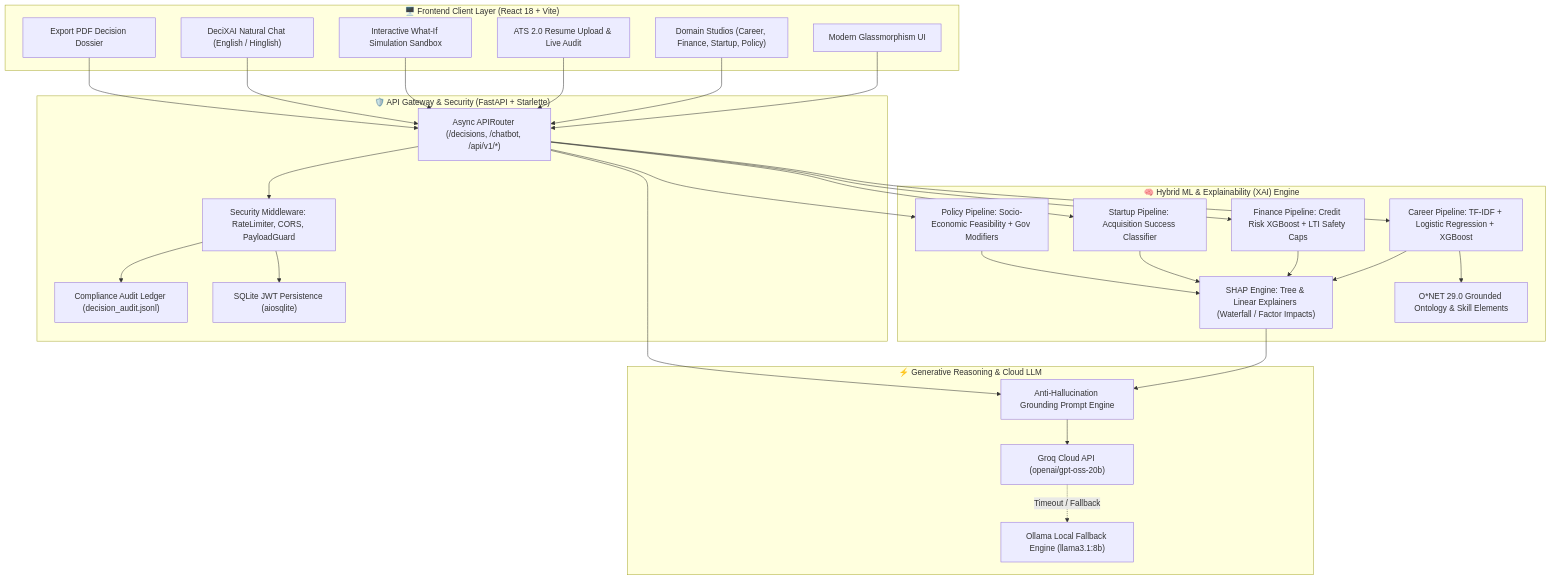
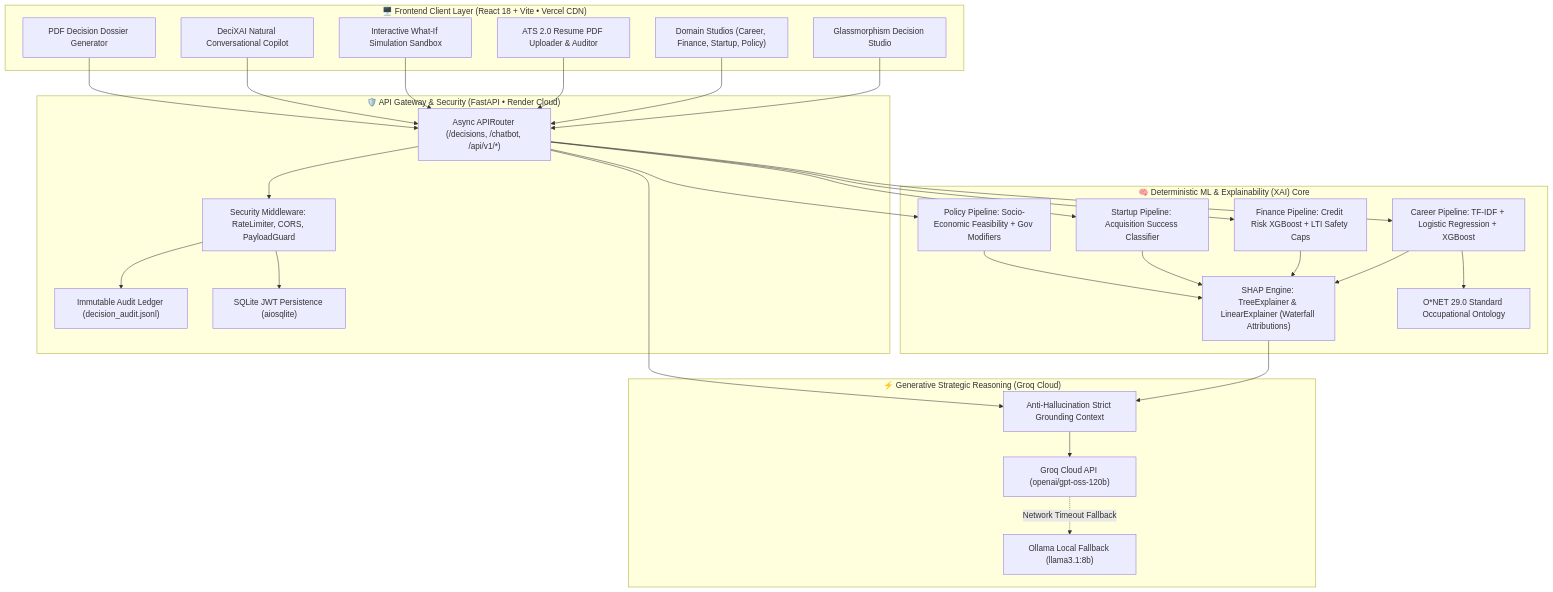
Before and after one commit to RiyanshiVerma-11/DeciXAI: the third of 8 diagrams in README.md, drawn with Mermaid. The commit also changed other lines of this file, not shown here.

Commit message:
docs: enrich README with in-depth problem-solution analysis, multi-layer Mermaid diagrams, and end-to-end architectural workflows

````diff
--- a/README.md
+++ b/README.md
@@ -48,61 +136,60 @@
 ```mermaid
 flowchart TB
-    subgraph ClientLayer["🖥️ Frontend Client Layer (React 18 + Vite)"]
-        UI["Modern Glassmorphism UI"]
+    subgraph ClientLayer["🖥️ Frontend Client Layer (React 18 + Vite &bull; Vercel CDN)"]
+        UI["Glassmorphism Decision Studio"]
         Forms["Domain Studios (Career, Finance, Startup, Policy)"]
-        ResumeUpload["ATS 2.0 Resume Upload & Live Audit"]
+        ResumeUpload["ATS 2.0 Resume PDF Uploader & Auditor"]
         WhatIf["Interactive What-If Simulation Sandbox"]
-        ChatbotUI["DeciXAI Natural Chat (English / Hinglish)"]
-        DossierExport["Export PDF Decision Dossier"]
+        ChatbotUI["DeciXAI Natural Conversational Copilot"]
+        DossierExport["PDF Decision Dossier Generator"]
     end
 
-    subgraph GatewayLayer["🛡️ API Gateway & Security (FastAPI + Starlette)"]
+    subgraph GatewayLayer["🛡️ API Gateway & Security (FastAPI &bull; Render Cloud)"]
         Router["Async APIRouter (/decisions, /chatbot, /api/v1/*)"]
         Security["Security Middleware: RateLimiter, CORS, PayloadGuard"]
-        AuditLedger["Compliance Audit Ledger (decision_audit.jsonl)"]
+        AuditLedger["Immutable Audit Ledger (decision_audit.jsonl)"]
         AuthDB["SQLite JWT Persistence (aiosqlite)"]
     end
 
-    subgraph MLLayer["🧠 Hybrid ML & Explainability (XAI) Engine"]
+    subgraph MLLayer["🧠 Deterministic ML & Explainability (XAI) Core"]
         CareerPipeline["Career Pipeline: TF-IDF + Logistic Regression + XGBoost"]
         FinancePipeline["Finance Pipeline: Credit Risk XGBoost + LTI Safety Caps"]
         StartupPipeline["Startup Pipeline: Acquisition Success Classifier"]
         PolicyPipeline["Policy Pipeline: Socio-Economic Feasibility + Gov Modifiers"]
-        SHAPCore["SHAP Engine: Tree & Linear Explainers (Waterfall / Factor Impacts)"]
-        ONETRAG["O*NET 29.0 Grounded Ontology & Skill Elements"]
+        SHAPCore["SHAP Engine: TreeExplainer & LinearExplainer (Waterfall Attributions)"]
+        ONETRAG["O*NET 29.0 Standard Occupational Ontology"]
     end
 
-    subgraph LLMLayer["⚡ Generative Reasoning & Cloud LLM"]
-        GroqClient["Groq Cloud API (openai/gpt-oss-20b)"]
-        AntiHallucination["Anti-Hallucination Grounding Prompt Engine"]
-        LocalFallback["Ollama Local Fallback Engine (llama3.1:8b)"]
+    subgraph LLMLayer["⚡ Generative Strategic Reasoning (Groq Cloud)"]
+        GroqClient["Groq Cloud API (openai/gpt-oss-120b)"]
+        AntiHallucination["Anti-Hallucination Strict Grounding Context"]
+        LocalFallback["Ollama Local Fallback (llama3.1:8b)"]
     end
 
     UI --> Router
     Forms --> Router
     ResumeUpload --> Router
     WhatIf --> Router
     ChatbotUI --> Router
     DossierExport --> Router
 
     Router --> Security
     Security --> AuditLedger
     Security --> AuthDB
 
     Router --> CareerPipeline
     Router --> FinancePipeline
     Router --> StartupPipeline
     Router --> PolicyPipeline
 
     CareerPipeline --> SHAPCore
     FinancePipeline --> SHAPCore
     StartupPipeline --> SHAPCore
     PolicyPipeline --> SHAPCore
-
     CareerPipeline --> ONETRAG
 
     SHAPCore --> AntiHallucination
     Router --> AntiHallucination
     AntiHallucination --> GroqClient
-    GroqClient -.->|Timeout / Fallback| LocalFallback
+    GroqClient -.->|Network Timeout Fallback| LocalFallback
 ```
````
